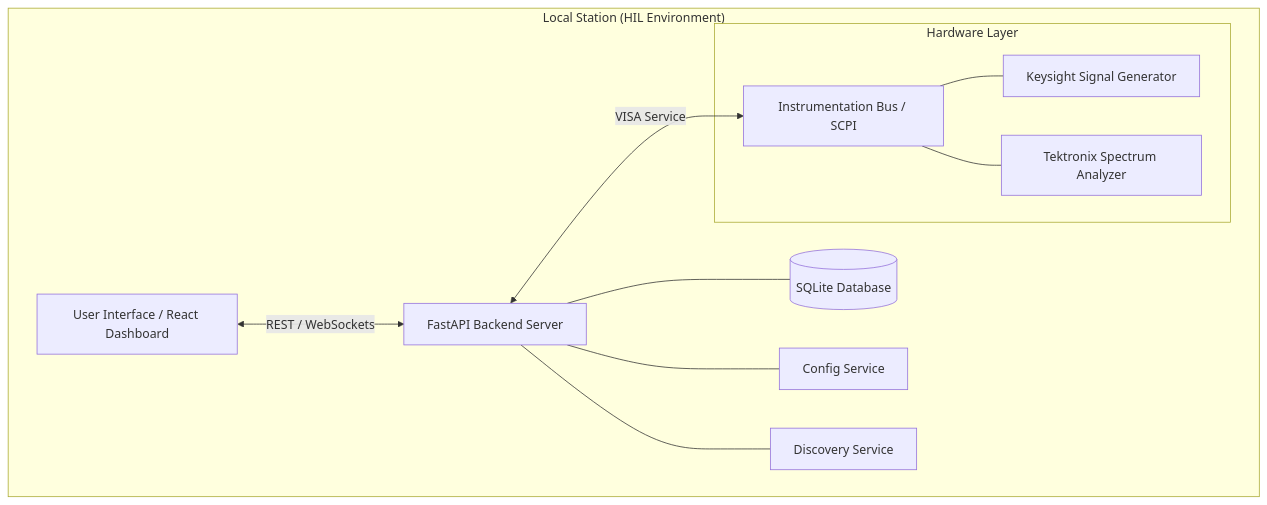
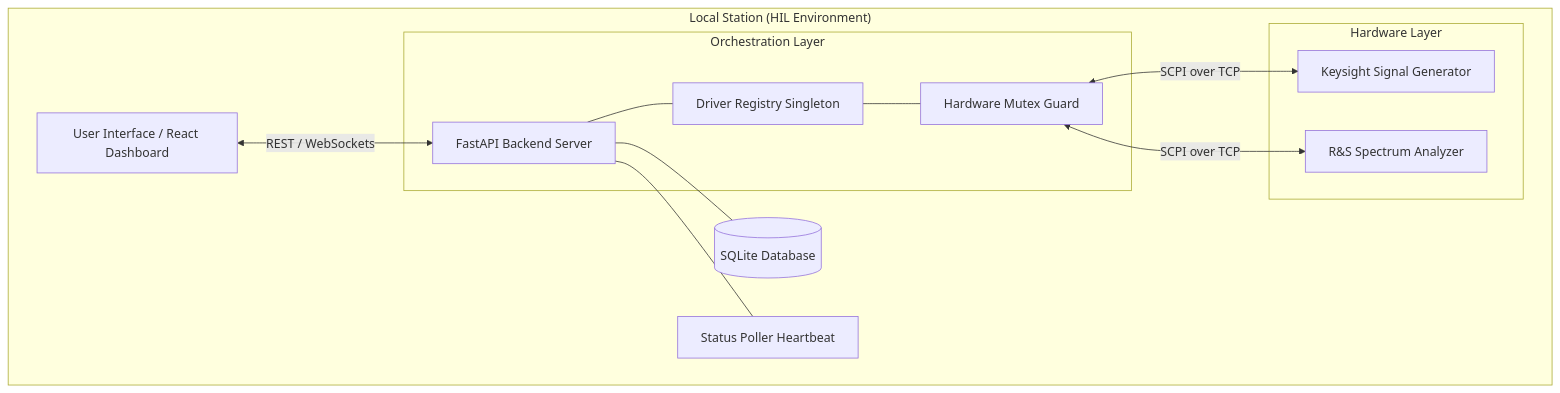
The diagram in SYSTEM_ARCHITECTURE.md (BalajiKoushik01/rangeready), drawn with Mermaid before and after one commit. The commit also changed other lines of this file and 143 other files, not shown here.

````diff
--- a/SYSTEM_ARCHITECTURE.md
+++ b/SYSTEM_ARCHITECTURE.md
@@ -30,16 +25,19 @@
 ```mermaid
 graph TD
     subgraph "Local Station (HIL Environment)"
         A[User Interface / React Dashboard] <-->|REST / WebSockets| B[FastAPI Backend Server]
-        B <-->|VISA Service| C[Instrumentation Bus / SCPI]
+        
+        subgraph "Orchestration Layer"
+            B --- REG[Driver Registry Singleton]
+            REG --- LOK[Hardware Mutex Guard]
+        end
         
         subgraph "Hardware Layer"
-            C --- D[Keysight Signal Generator]
-            C --- E[Tektronix Spectrum Analyzer]
+            LOK <-->|SCPI over TCP| D[Keysight Signal Generator]
+            LOK <-->|SCPI over TCP| E[R&S Spectrum Analyzer]
         end
         
         B --- F[(SQLite Database)]
-        B --- G[Config Service]
-        B --- H[Discovery Service]
+        B --- G[Status Poller Heartbeat]
     end
 ```
````
